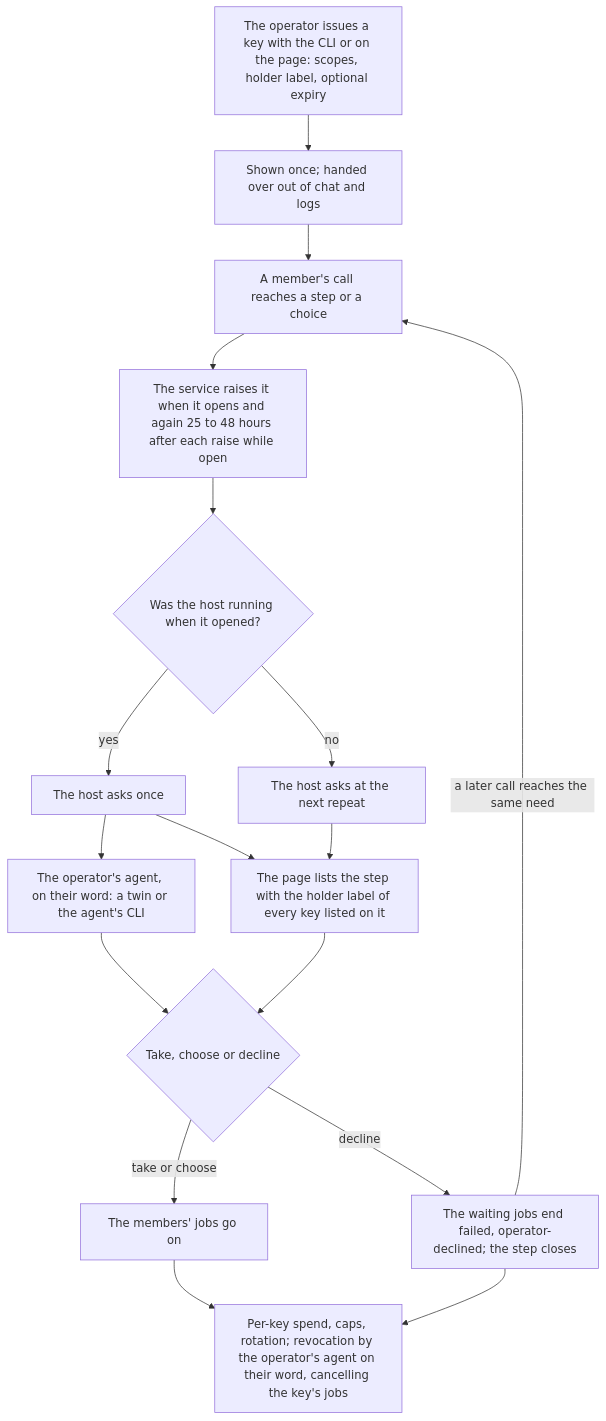
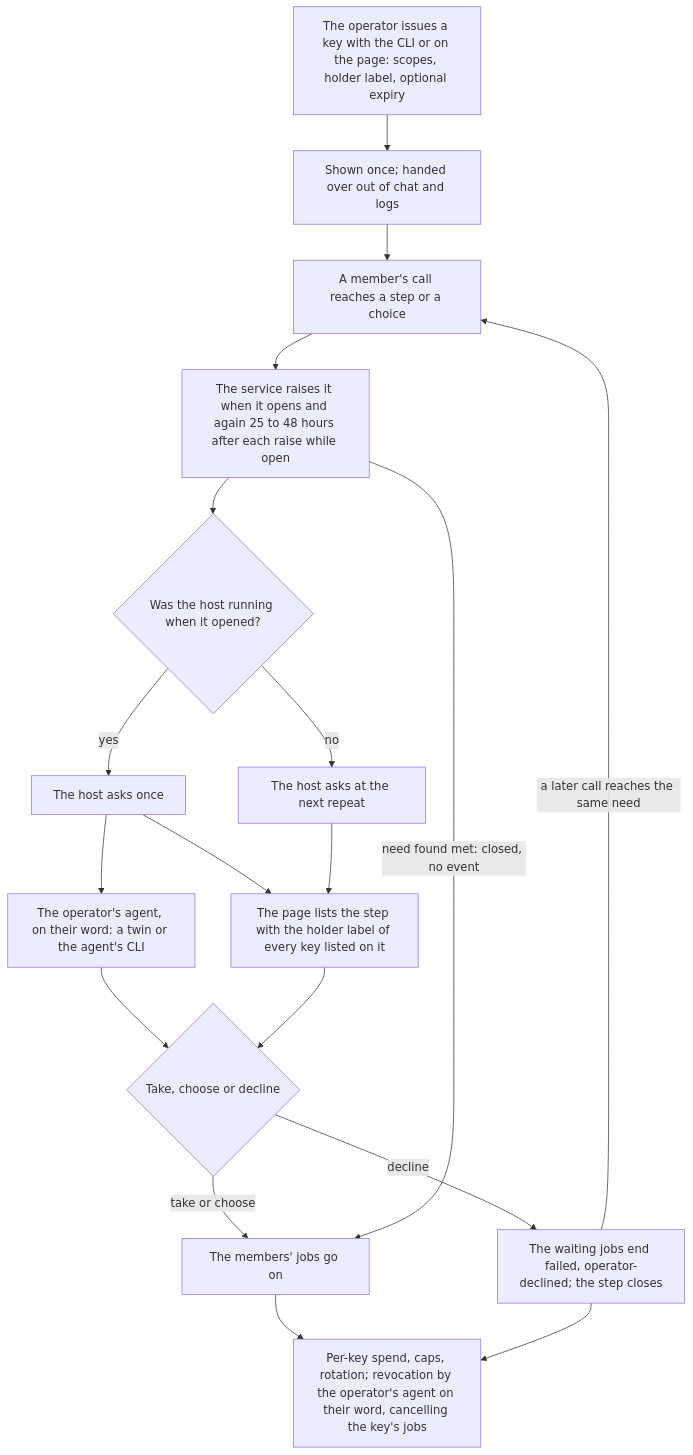
Before and after one commit to passioncode-ai/fabric-agent-contract: diagram 36 of 36 in docs/ux/flows.md, drawn with Mermaid. The commit also changed other lines of this file and 10 other files, not shown here.

Commit message:
DEC-0159 round 21 folded: the met-need closure in the stories, flow and screen; jobs keyed by the client key's record id, never its value; adapter lines pinned

````diff
--- a/docs/ux/flows.md
+++ b/docs/ux/flows.md
@@ -967,19 +967,20 @@
 ```mermaid
 flowchart TD
   I[The operator issues a key with the CLI or on the page: scopes, holder label, optional expiry] --> H[Shown once; handed over out of chat and logs]
   H --> C[A member's call reaches a step or a choice]
   C --> E[The service raises it when it opens and again 25 to 48 hours after each raise while open]
   E --> A{Was the host running when it opened?}
   A -->|yes| K[The host asks once]
   A -->|no| N[The host asks at the next repeat]
   K --> P[The page lists the step with the holder label of every key listed on it]
   K --> O[The operator's agent, on their word: a twin or the agent's CLI]
   O --> D
   N --> P
   P --> D{Take, choose or decline}
   D -->|take or choose| G[The members' jobs go on]
   D -->|decline| X[The waiting jobs end failed, operator-declined; the step closes]
   X -->|a later call reaches the same need| C
+  E -->|need found met: closed, no event| G
   G --> R[Per-key spend, caps, rotation; revocation by the operator's agent on their word, cancelling the key's jobs]
   X --> R
 ```
````
